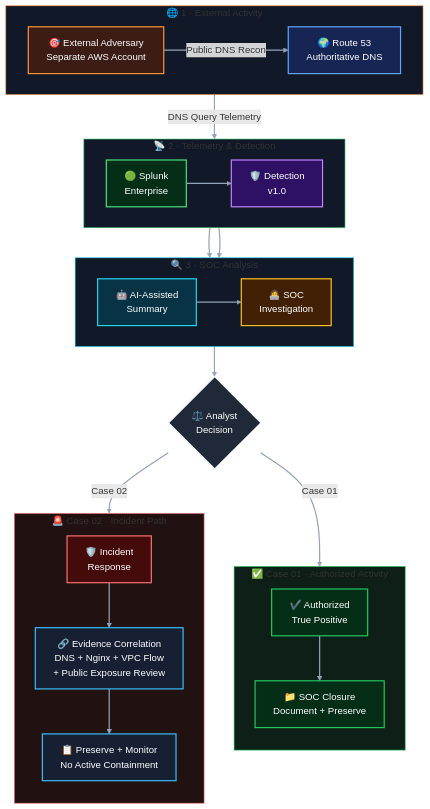
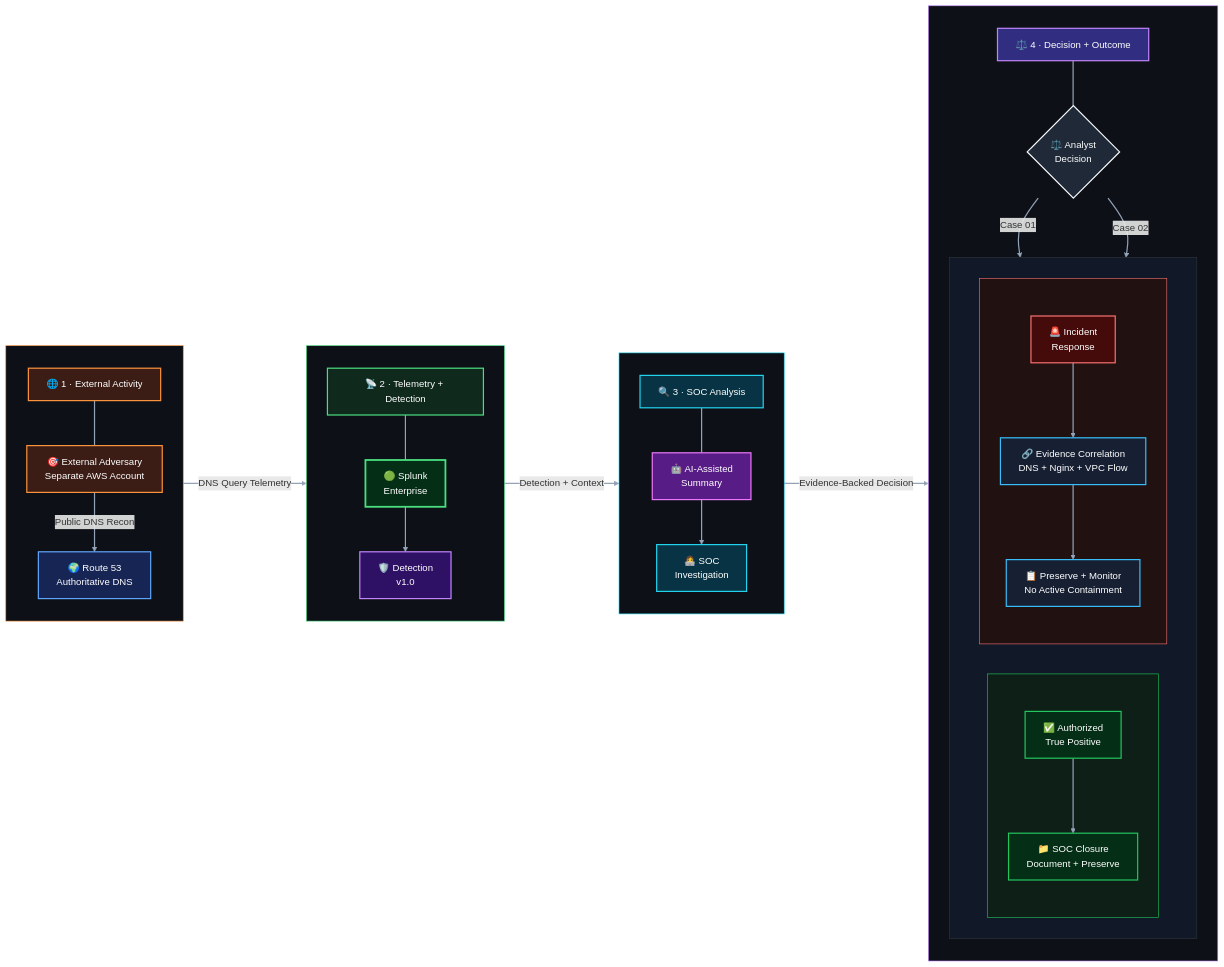
The first of 2 diagrams in README.md (DNSentinel-Lab/Scenario-01-DNS-Recon), drawn with Mermaid before and after one commit.

Commit message:
Improve readability of scenario architecture diagram
Refactor scenario architecture diagram for clarity and structure.

````diff
--- a/README.md
+++ b/README.md
@@ -53,115 +53,177 @@
 ```mermaid
-flowchart TB
+flowchart LR
 
-    %% =========================================================
+    %% =====================================================
     %% 1 — EXTERNAL ACTIVITY
-    %% =========================================================
-    subgraph EXT["🌐 1 · External Activity"]
-        direction LR
+    %% =====================================================
+    subgraph EXT[" "]
+        direction TB
+
+        EH["🌐 1 · External Activity"]
+
         ADV["🎯 External Adversary<br/>Separate AWS Account"]
         R53["🌍 Route 53<br/>Authoritative DNS"]
 
+        EH ~~~ ADV
         ADV -->|"Public DNS Recon"| R53
     end
 
-    %% =========================================================
+
+    %% =====================================================
     %% 2 — TELEMETRY + DETECTION
-    %% =========================================================
-    subgraph DETECTION["📡 2 · Telemetry & Detection"]
-        direction LR
+    %% =====================================================
+    subgraph DETECT[" "]
+        direction TB
+
+        TH["📡 2 · Telemetry + Detection"]
+
         SPL["🟢 Splunk<br/>Enterprise"]
         DET["🛡️ Detection<br/>v1.0"]
 
+        TH ~~~ SPL
         SPL --> DET
     end
 
-    R53 -->|"DNS Query Telemetry"| SPL
 
-    %% =========================================================
-    %% 3 — ANALYSIS
-    %% =========================================================
-    subgraph ANALYSIS["🔍 3 · SOC Analysis"]
-        direction LR
+    %% =====================================================
+    %% 3 — SOC ANALYSIS
+    %% =====================================================
+    subgraph ANALYZE[" "]
+        direction TB
+
+        AH["🔍 3 · SOC Analysis"]
 
         AI["🤖 AI-Assisted<br/>Summary"]
         SOC["👩‍💻 SOC<br/>Investigation"]
 
+        AH ~~~ AI
         AI --> SOC
     end
 
-    DET --> AI
-    DET --> SOC
 
-    %% =========================================================
-    %% 4 — CASE DECISION
-    %% =========================================================
-    DECISION{"⚖️ Analyst<br/>Decision"}
-
-    SOC --> DECISION
-
-    %% =========================================================
-    %% CASE 01
-    %% =========================================================
-    subgraph CASE1["✅ Case 01 · Authorized Activity"]
+    %% =====================================================
+    %% 4 — DECISION + OUTCOME
+    %% =====================================================
+    subgraph OUTCOME[" "]
         direction TB
 
-        AUTH["✔️ Authorized<br/>True Positive"]
-        CLOSE["📁 SOC Closure<br/>Document + Preserve"]
+        OH["⚖️ 4 · Decision + Outcome"]
 
-        AUTH --> CLOSE
+        DEC{"⚖️ Analyst<br/>Decision"}
+
+        OH ~~~ DEC
+
+
+        %% -----------------------------------------
+        %% TWO CASE PATHS
+        %% -----------------------------------------
+        subgraph CASES[" "]
+            direction LR
+
+            subgraph CASE1[" "]
+                direction TB
+
+                AUTH["✅ Authorized<br/>True Positive"]
+
+                CLOSE["📁 SOC Closure<br/>Document + Preserve"]
+
+                AUTH --> CLOSE
+            end
+
+
+            subgraph CASE2[" "]
+                direction TB
+
+                IR["🚨 Incident<br/>Response"]
+
+                CORR["🔗 Evidence Correlation<br/>DNS + Nginx + VPC Flow"]
+
+                FINAL["📋 Preserve + Monitor<br/>No Active Containment"]
+
+                IR --> CORR --> FINAL
+            end
+        end
+
+        DEC -->|"Case 01"| CASE1
+        DEC -->|"Case 02"| CASE2
     end
 
-    %% =========================================================
-    %% CASE 02
-    %% =========================================================
-    subgraph CASE2["🚨 Case 02 · Incident Path"]
-        direction TB
 
-        IR["🛡️ Incident<br/>Response"]
+    %% =====================================================
+    %% STAGE-TO-STAGE FLOW
+    %% Group connections preserve internal layouts
+    %% and avoid heading collisions.
+    %% =====================================================
+    EXT -->|"DNS Query Telemetry"| DETECT
 
-        CORR["🔗 Evidence Correlation<br/>DNS + Nginx + VPC Flow<br/>+ Public Exposure Review"]
+    DETECT -->|"Detection + Context"| ANALYZE
 
-        FINAL["📋 Preserve + Monitor<br/>No Active Containment"]
-
-        IR --> CORR --> FINAL
-    end
-
-    DECISION -->|"Case 01"| AUTH
-    DECISION -->|"Case 02"| IR
+    ANALYZE -->|"Evidence-Backed Decision"| OUTCOME
 
 
-    %% =========================================================
-    %% VISUAL STYLE
-    %% =========================================================
+    %% =====================================================
+    %% HEADER STYLES
+    %% =====================================================
+    classDef extHeader fill:#3b1d16,stroke:#fb923c,stroke-width:2px,color:#ffffff,font-size:16px;
+    classDef detectHeader fill:#0f2a1d,stroke:#4ade80,stroke-width:2px,color:#ffffff,font-size:16px;
+    classDef analysisHeader fill:#083344,stroke:#22d3ee,stroke-width:2px,color:#ffffff,font-size:16px;
+    classDef outcomeHeader fill:#312e81,stroke:#c084fc,stroke-width:2px,color:#ffffff,font-size:16px;
 
+    class EH extHeader;
+    class TH detectHeader;
+    class AH analysisHeader;
+    class OH outcomeHeader;
+
+
+    %% =====================================================
+    %% NODE STYLES
+    %% =====================================================
     classDef external fill:#3b1d16,stroke:#fb923c,stroke-width:2px,color:#ffffff,font-size:16px;
     classDef dns fill:#172554,stroke:#60a5fa,stroke-width:2px,color:#ffffff,font-size:16px;
-    classDef splunk fill:#052e16,stroke:#4ade80,stroke-width:2px,color:#ffffff,font-size:16px;
+
+    classDef splunk fill:#052e16,stroke:#4ade80,stroke-width:3px,color:#ffffff,font-size:16px;
     classDef detection fill:#2e1065,stroke:#c084fc,stroke-width:2px,color:#ffffff,font-size:16px;
-    classDef ai fill:#083344,stroke:#22d3ee,stroke-width:2px,color:#ffffff,font-size:16px;
-    classDef analyst fill:#422006,stroke:#fbbf24,stroke-width:2px,color:#ffffff,font-size:16px;
+
+    classDef ai fill:#581c87,stroke:#e879f9,stroke-width:2px,color:#ffffff,font-size:16px;
+    classDef analyst fill:#083344,stroke:#22d3ee,stroke-width:2px,color:#ffffff,font-size:16px;
+
     classDef decision fill:#1f2937,stroke:#f8fafc,stroke-width:2px,color:#ffffff,font-size:16px;
+
     classDef benign fill:#052e16,stroke:#22c55e,stroke-width:2px,color:#ffffff,font-size:16px;
     classDef incident fill:#450a0a,stroke:#f87171,stroke-width:2px,color:#ffffff,font-size:16px;
     classDef evidence fill:#172033,stroke:#38bdf8,stroke-width:2px,color:#ffffff,font-size:16px;
 
     class ADV external;
     class R53 dns;
+
     class SPL splunk;
     class DET detection;
+
     class AI ai;
     class SOC analyst;
-    class DECISION decision;
+
+    class DEC decision;
 
     class AUTH,CLOSE benign;
     class IR incident;
     class CORR,FINAL evidence;
 
-    style EXT fill:#111827,stroke:#fb923c,stroke-width:1px
-    style DETECTION fill:#111827,stroke:#4ade80,stroke-width:1px
-    style ANALYSIS fill:#111827,stroke:#22d3ee,stroke-width:1px
+
+    %% =====================================================
+    %% CONTAINER STYLES
+    %% =====================================================
+    style EXT fill:#0d1117,stroke:#fb923c,stroke-width:1px
+    style DETECT fill:#0d1117,stroke:#4ade80,stroke-width:1px
+    style ANALYZE fill:#0d1117,stroke:#22d3ee,stroke-width:1px
+    style OUTCOME fill:#0d1117,stroke:#c084fc,stroke-width:1px
+
+    style CASES fill:#111827,stroke:#30363d,stroke-width:1px
     style CASE1 fill:#0d1f17,stroke:#22c55e,stroke-width:1px
     style CASE2 fill:#211111,stroke:#f87171,stroke-width:1px
 
+
+    %% =====================================================
+    %% EDGE STYLE
+    %% =====================================================
     linkStyle default stroke:#94a3b8,stroke-width:2px
 ```
````
